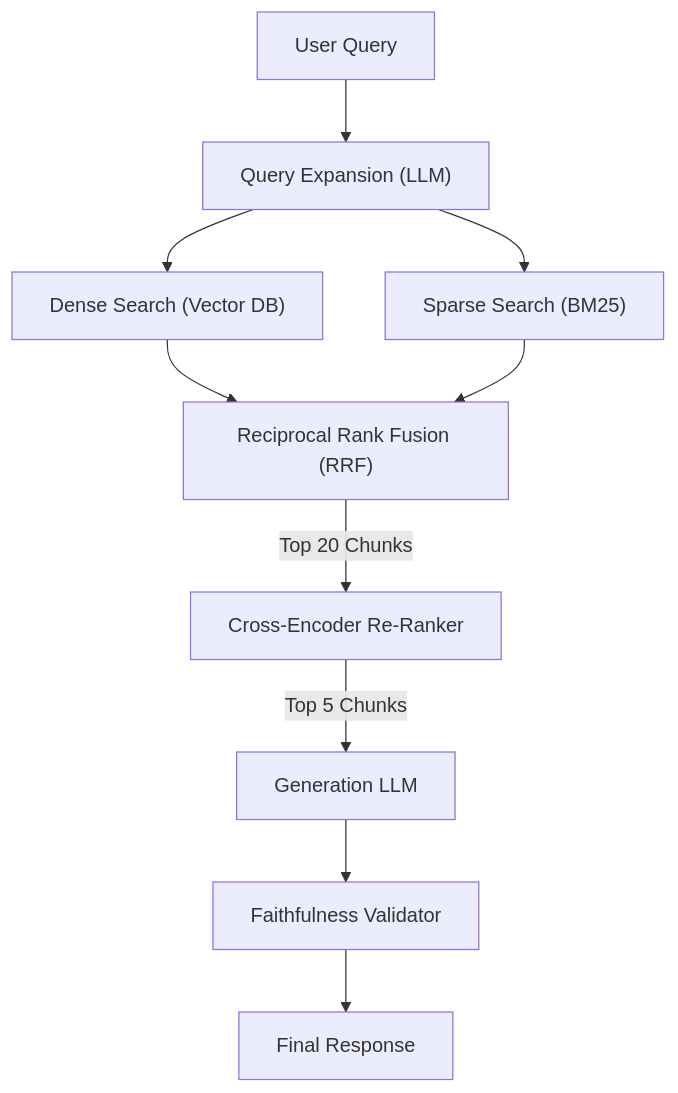
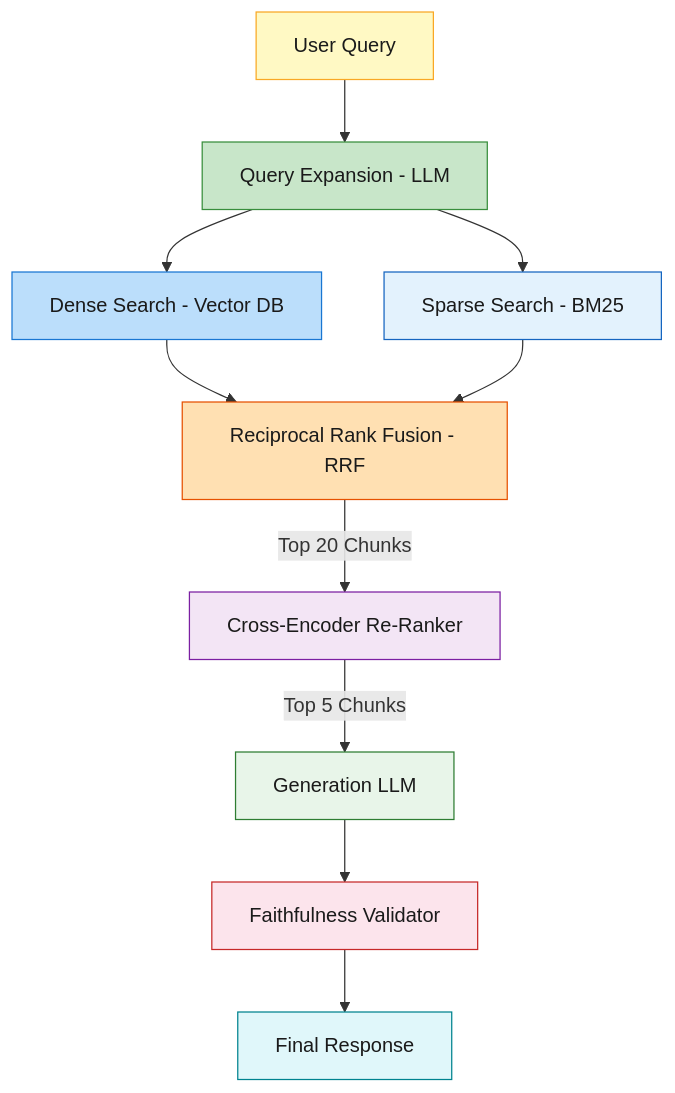
One commit to GyanendraChaubey/AI-Engineering-Notes changed the second of 2 diagrams in docs/15-miscellaneous/README.md. Above: the diagram before and after it, drawn with Mermaid. The commit also changed other lines of this file and 15 other files, not shown here.

Commit message:
style: apply light color palette to remaining Mermaid diagrams (docs 15 & 16)

````diff
--- a/docs/15-miscellaneous/README.md
+++ b/docs/15-miscellaneous/README.md
@@ -178,16 +195,32 @@
 ```mermaid
 flowchart TD
-    A["User Query"] --> B["Query Expansion (LLM)"]
-    
-    B --> C["Dense Search (Vector DB)"]
-    B --> D["Sparse Search (BM25)"]
-    
-    C --> E["Reciprocal Rank Fusion (RRF)"]
+    A["User Query"]
+    B["Query Expansion - LLM"]
+    C["Dense Search - Vector DB"]
+    D["Sparse Search - BM25"]
+    E["Reciprocal Rank Fusion - RRF"]
+    F["Cross-Encoder Re-Ranker"]
+    G["Generation LLM"]
+    H["Faithfulness Validator"]
+    I["Final Response"]
+
+    A --> B
+    B --> C
+    B --> D
+    C --> E
     D --> E
-    
-    E -->|"Top 20 Chunks"| F["Cross-Encoder Re-Ranker"]
-    
-    F -->|"Top 5 Chunks"| G["Generation LLM"]
-    G --> H["Faithfulness Validator"]
-    H --> I["Final Response"]
+    E -->|"Top 20 Chunks"| F
+    F -->|"Top 5 Chunks"| G
+    G --> H
+    H --> I
+
+    style A fill:#FFF9C4,stroke:#F9A825,color:#1a1a1a
+    style B fill:#C8E6C9,stroke:#388E3C,color:#1a1a1a
+    style C fill:#BBDEFB,stroke:#1976D2,color:#1a1a1a
+    style D fill:#E3F2FD,stroke:#1565C0,color:#1a1a1a
+    style E fill:#FFE0B2,stroke:#E65100,color:#1a1a1a
+    style F fill:#F3E5F5,stroke:#7B1FA2,color:#1a1a1a
+    style G fill:#E8F5E9,stroke:#2E7D32,color:#1a1a1a
+    style H fill:#FCE4EC,stroke:#C62828,color:#1a1a1a
+    style I fill:#E0F7FA,stroke:#00838F,color:#1a1a1a
 ```
````
